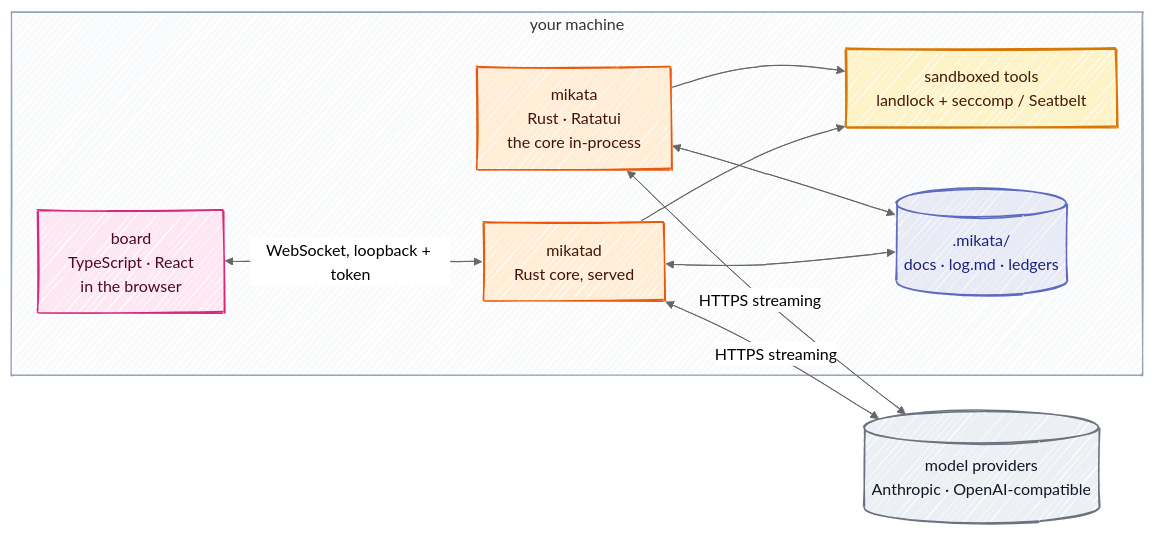
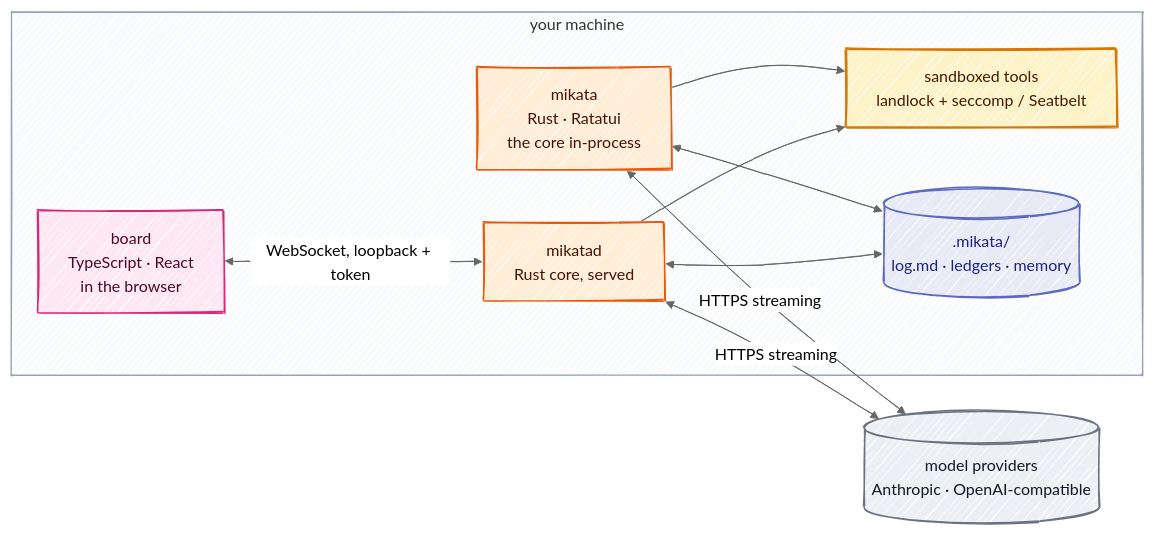
One commit to Kaginari/mikata changed the second of 2 diagrams in docs/01-overview.md. Above: the diagram before and after it, drawn with Mermaid. The commit also changed other lines of this file and 68 other files, not shown here.

````diff
--- a/docs/01-overview.md
+++ b/docs/01-overview.md
@@ -177,37 +105,37 @@
 ```mermaid
 ---
 config:
   look: handDrawn
   theme: neutral
   flowchart:
     wrappingWidth: 360
 ---
 flowchart LR
     subgraph user["your machine"]
       CLI["mikata<br/>Rust · Ratatui<br/>the core in-process"]
       BOARD["board<br/>TypeScript · React<br/>in the browser"]
       CORE["mikatad<br/>Rust core, served"]
       SB["sandboxed tools<br/>landlock + seccomp / Seatbelt"]
-      W[(".mikata/<br/>docs · log.md · ledgers")]
+      W[(".mikata/<br/>log.md · ledgers · memory")]
     end
     LLM[("model providers<br/>Anthropic · OpenAI-compatible")]
 
     BOARD <-->|WebSocket, loopback + token| CORE
     CLI --> SB
     CLI <--> W
     CLI <-->|HTTPS streaming| LLM
     CORE --> SB
     CORE <--> W
     CORE <-->|HTTPS streaming| LLM
     classDef ts fill:#fde7f3,stroke:#db2777,stroke-width:1.5px,color:#500724
     class BOARD ts
     classDef rs fill:#ffedd5,stroke:#ea580c,stroke-width:1.5px,color:#431407
     class CLI,CORE rs
     classDef gate fill:#fef3c7,stroke:#d97706,stroke-width:2px,color:#451a03
     class SB gate
     classDef store fill:#e8eaf6,stroke:#5c6bc0,stroke-width:1.5px,color:#1a237e
     class W store
     classDef outside fill:#eceff3,stroke:#6b7280,stroke-width:1.5px,color:#111827
     class LLM outside
     style user fill:#f8fafc,stroke:#94a3b8
 ```
````
